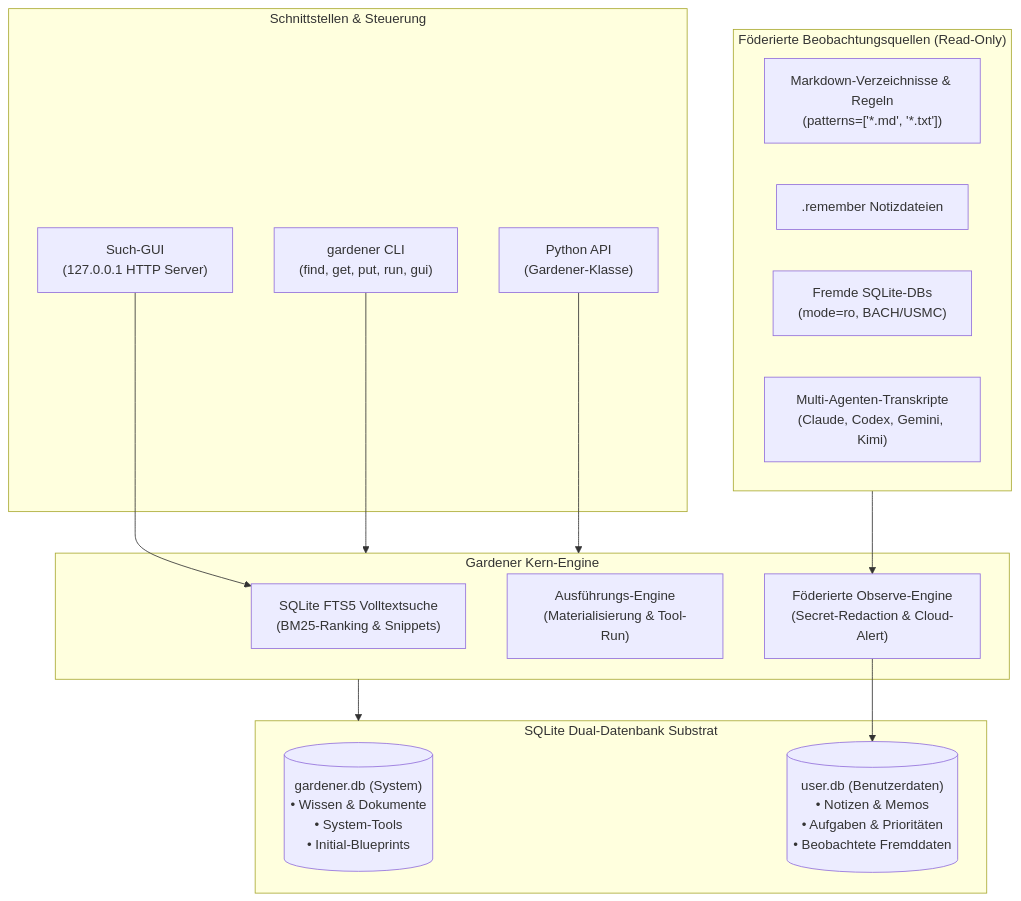
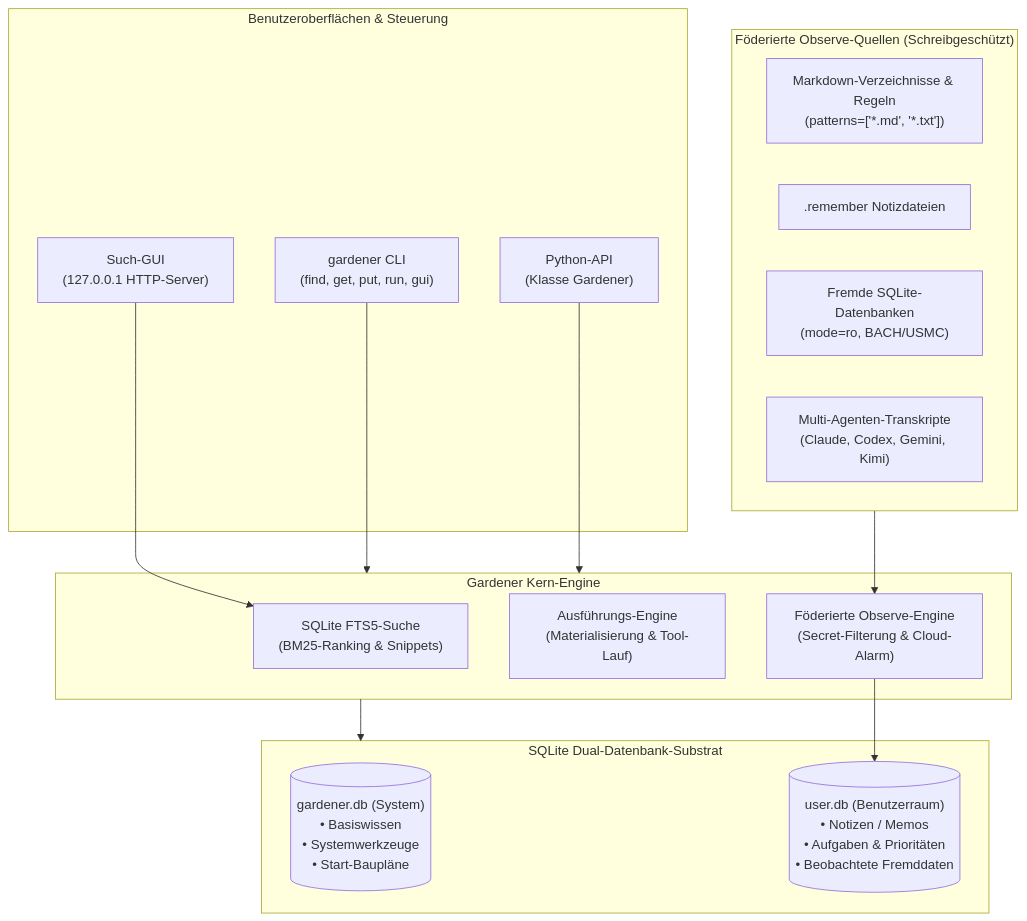
The first of 2 diagrams in README_de.md (ellmos-ai/GARDENER), drawn with Mermaid before and after one commit. The commit also changed other lines of this file and 7 other files, not shown here.

Commit message:
chore(marketing): complete Pfad B visual architecture, 18-point bilingual navigation, SBOM, and contract tests

````diff
--- a/README_de.md
+++ b/README_de.md
@@ -113,32 +160,32 @@
 ```mermaid
 flowchart TD
-    subgraph UI ["Schnittstellen & Steuerung"]
+    subgraph UI ["Benutzeroberflächen & Steuerung"]
         CLI["gardener CLI<br/>(find, get, put, run, gui)"]
-        API["Python API<br/>(Gardener-Klasse)"]
-        GUI["Such-GUI<br/>(127.0.0.1 HTTP Server)"]
+        API["Python-API<br/>(Klasse Gardener)"]
+        GUI["Such-GUI<br/>(127.0.0.1 HTTP-Server)"]
     end
 
     subgraph CORE ["Gardener Kern-Engine"]
-        FTS["SQLite FTS5 Volltextsuche<br/>(BM25-Ranking & Snippets)"]
-        EXEC["Ausführungs-Engine<br/>(Materialisierung & Tool-Run)"]
-        OBS["Föderierte Observe-Engine<br/>(Secret-Redaction & Cloud-Alert)"]
+        FTS["SQLite FTS5-Suche<br/>(BM25-Ranking & Snippets)"]
+        EXEC["Ausführungs-Engine<br/>(Materialisierung & Tool-Lauf)"]
+        OBS["Föderierte Observe-Engine<br/>(Secret-Filterung & Cloud-Alarm)"]
     end
 
-    subgraph SUBSTRATE ["SQLite Dual-Datenbank Substrat"]
-        GDB[("gardener.db (System)<br/>• Wissen & Dokumente<br/>• System-Tools<br/>• Initial-Blueprints")]
-        UDB[("user.db (Benutzerdaten)<br/>• Notizen & Memos<br/>• Aufgaben & Prioritäten<br/>• Beobachtete Fremddaten")]
+    subgraph SUBSTRATE ["SQLite Dual-Datenbank-Substrat"]
+        GDB[("gardener.db (System)<br/>• Basiswissen<br/>• Systemwerkzeuge<br/>• Start-Baupläne")]
+        UDB[("user.db (Benutzerraum)<br/>• Notizen / Memos<br/>• Aufgaben & Prioritäten<br/>• Beobachtete Fremddaten")]
     end
 
-    subgraph SOURCES ["Föderierte Beobachtungsquellen (Read-Only)"]
+    subgraph SOURCES ["Föderierte Observe-Quellen (Schreibgeschützt)"]
         S1["Markdown-Verzeichnisse & Regeln<br/>(patterns=['*.md', '*.txt'])"]
         S2[".remember Notizdateien"]
-        S3["Fremde SQLite-DBs<br/>(mode=ro, BACH/USMC)"]
+        S3["Fremde SQLite-Datenbanken<br/>(mode=ro, BACH/USMC)"]
         S4["Multi-Agenten-Transkripte<br/>(Claude, Codex, Gemini, Kimi)"]
     end
 
     CLI --> CORE
     API --> CORE
     GUI --> FTS
     CORE --> SUBSTRATE
     SOURCES --> OBS --> UDB
 ```
````
